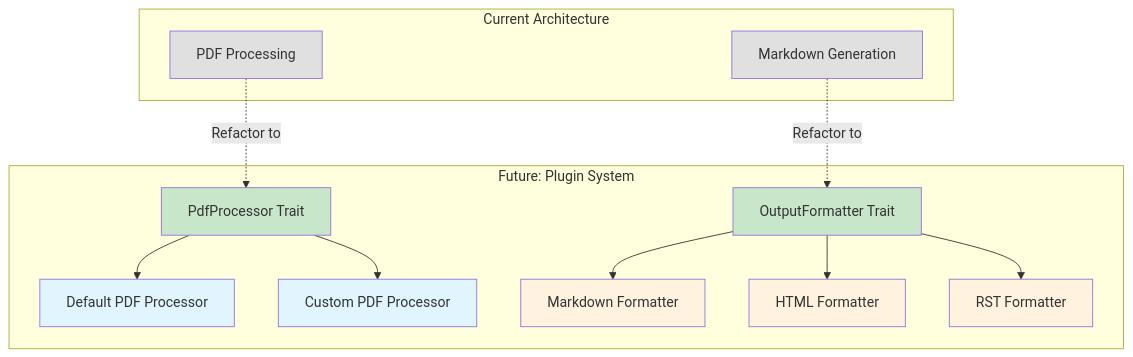
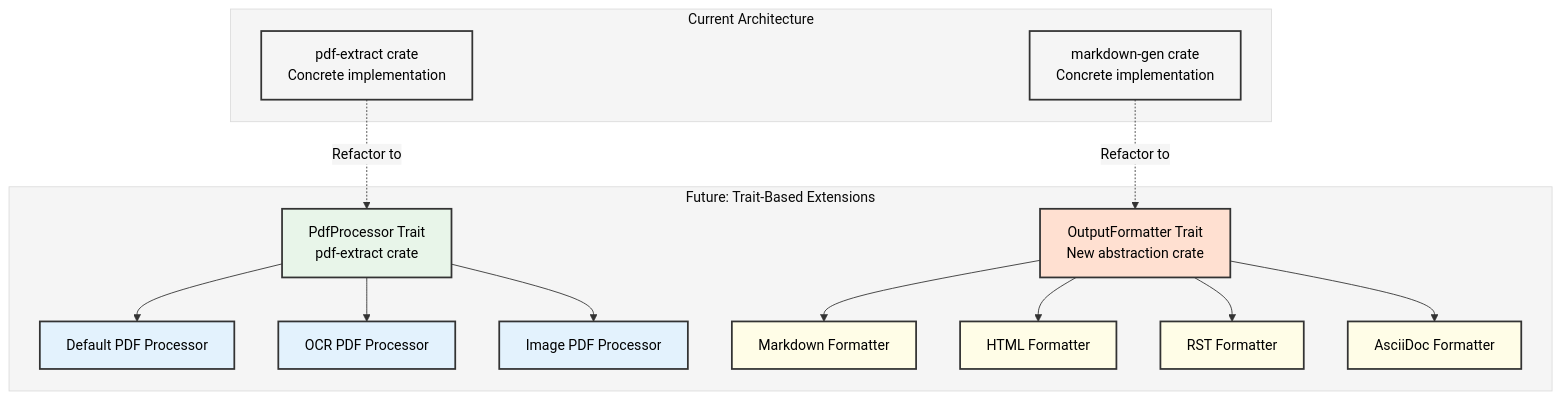
Before and after one commit to softwarewrighter/pdf2md: the eighth of 8 diagrams in wiki/Architecture-Diagrams.md, drawn with Mermaid. The commit also changed other lines of this file and 12 other files, not shown here.

First line of the commit message:
docs: update wiki and docs for workspace architecture

````diff
--- a/wiki/Architecture-Diagrams.md
+++ b/wiki/Architecture-Diagrams.md
@@ -328,39 +371,46 @@
 ```mermaid
+%%{init: {'theme':'base', 'themeVariables': {'primaryColor':'#f5f5f5','primaryTextColor':'#000','primaryBorderColor':'#333','lineColor':'#333','secondaryColor':'#f5f5f5','tertiaryColor':'#f5f5f5'}}}%%
 graph TB
     subgraph "Current Architecture"
-        A[PDF Processing]
-        B[Markdown Generation]
+        A[pdf-extract crate<br/>Concrete implementation]
+        B[markdown-gen crate<br/>Concrete implementation]
     end
 
-    subgraph "Future: Plugin System"
-        C[PdfProcessor Trait]
-        D[OutputFormatter Trait]
+    subgraph "Future: Trait-Based Extensions"
+        C[PdfProcessor Trait<br/>pdf-extract crate]
+        D[OutputFormatter Trait<br/>New abstraction crate]
 
         E[Default PDF Processor]
-        F[Custom PDF Processor]
+        F[OCR PDF Processor]
+        G[Image PDF Processor]
 
-        G[Markdown Formatter]
-        H[HTML Formatter]
-        I[RST Formatter]
+        H[Markdown Formatter]
+        I[HTML Formatter]
+        J[RST Formatter]
+        K[AsciiDoc Formatter]
     end
 
     A -.->|Refactor to| C
     B -.->|Refactor to| D
 
     C --> E
     C --> F
+    C --> G
 
-    D --> G
     D --> H
     D --> I
+    D --> J
+    D --> K
 
-    style A fill:#e0e0e0
-    style B fill:#e0e0e0
-    style C fill:#c8e6c9
-    style D fill:#c8e6c9
-    style E fill:#e1f5ff
-    style F fill:#e1f5ff
-    style G fill:#fff3e0
-    style H fill:#fff3e0
-    style I fill:#fff3e0
+    style A fill:#f5f5f5,stroke:#333,stroke-width:2px,color:#000
+    style B fill:#f5f5f5,stroke:#333,stroke-width:2px,color:#000
+    style C fill:#e8f5e9,stroke:#333,stroke-width:2px,color:#000
+    style D fill:#ffe0d1,stroke:#333,stroke-width:2px,color:#000
+    style E fill:#e3f2fd,stroke:#333,stroke-width:2px,color:#000
+    style F fill:#e3f2fd,stroke:#333,stroke-width:2px,color:#000
+    style G fill:#e3f2fd,stroke:#333,stroke-width:2px,color:#000
+    style H fill:#fffde7,stroke:#333,stroke-width:2px,color:#000
+    style I fill:#fffde7,stroke:#333,stroke-width:2px,color:#000
+    style J fill:#fffde7,stroke:#333,stroke-width:2px,color:#000
+    style K fill:#fffde7,stroke:#333,stroke-width:2px,color:#000
 ```
````
